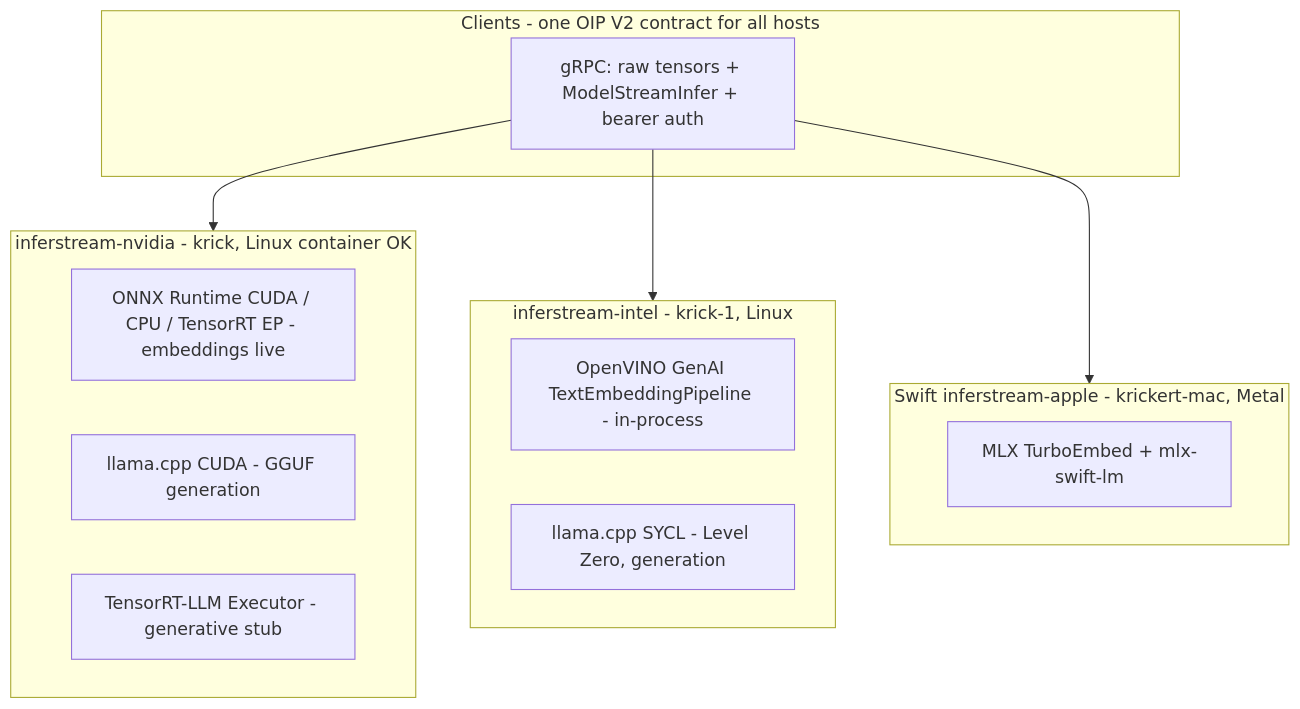
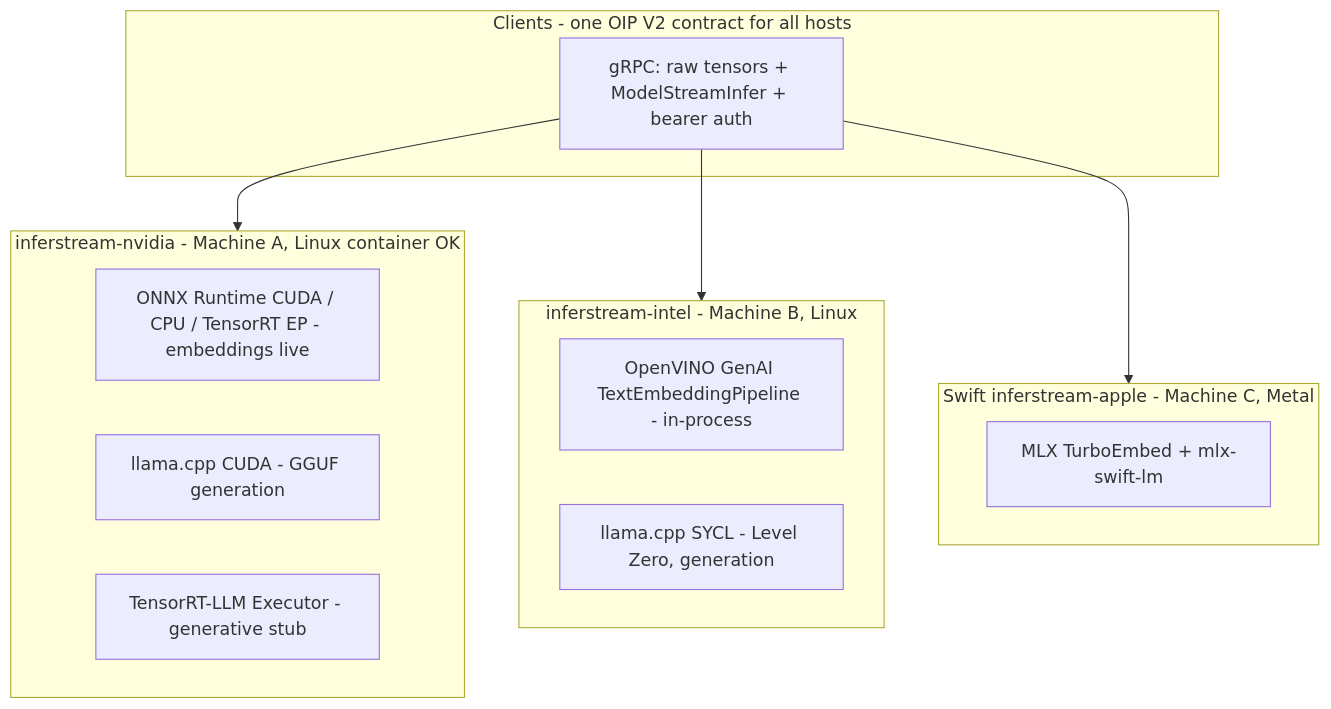
Before and after one commit to ai-pipestream/turboembed: the diagram in README.md, drawn with Mermaid. The commit also changed other lines of this file and 47 other files, not shown here.

````diff
--- a/README.md
+++ b/README.md
@@ -45,25 +55,25 @@
 ```mermaid
 flowchart TB
     subgraph clients [Clients - one OIP V2 contract for all hosts]
         C[gRPC: raw tensors + ModelStreamInfer + bearer auth]
     end
 
-    subgraph nvidia [inferstream-nvidia - krick, Linux container OK]
+    subgraph nvidia [inferstream-nvidia - Machine A, Linux container OK]
         N1[ONNX Runtime CUDA / CPU / TensorRT EP - embeddings live]
         N2[llama.cpp CUDA - GGUF generation]
         N3[TensorRT-LLM Executor - generative stub]
     end
 
-    subgraph intel [inferstream-intel - krick-1, Linux]
+    subgraph intel [inferstream-intel - Machine B, Linux]
         I0[OpenVINO GenAI TextEmbeddingPipeline - in-process]
         I2[llama.cpp SYCL - Level Zero, generation]
     end
 
-    subgraph apple [Swift inferstream-apple - krickert-mac, Metal]
+    subgraph apple [Swift inferstream-apple - Machine C, Metal]
         A1[MLX TurboEmbed + mlx-swift-lm]
     end
 
     C --> nvidia
     C --> intel
     C --> apple
 ```
````
